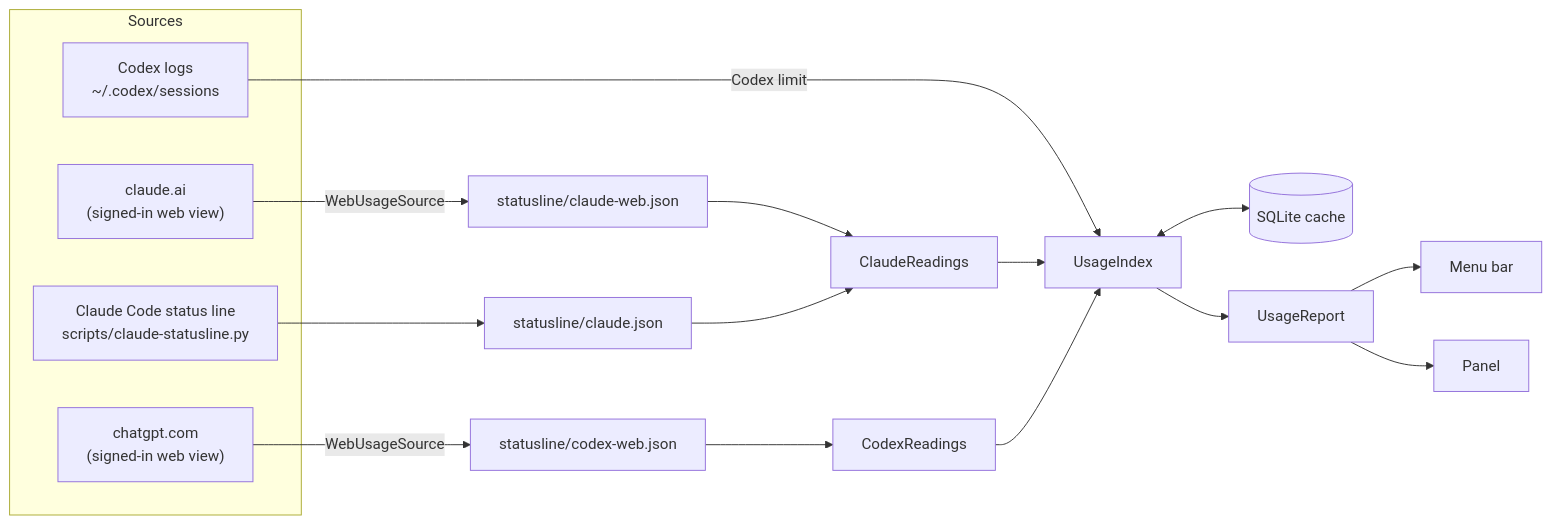
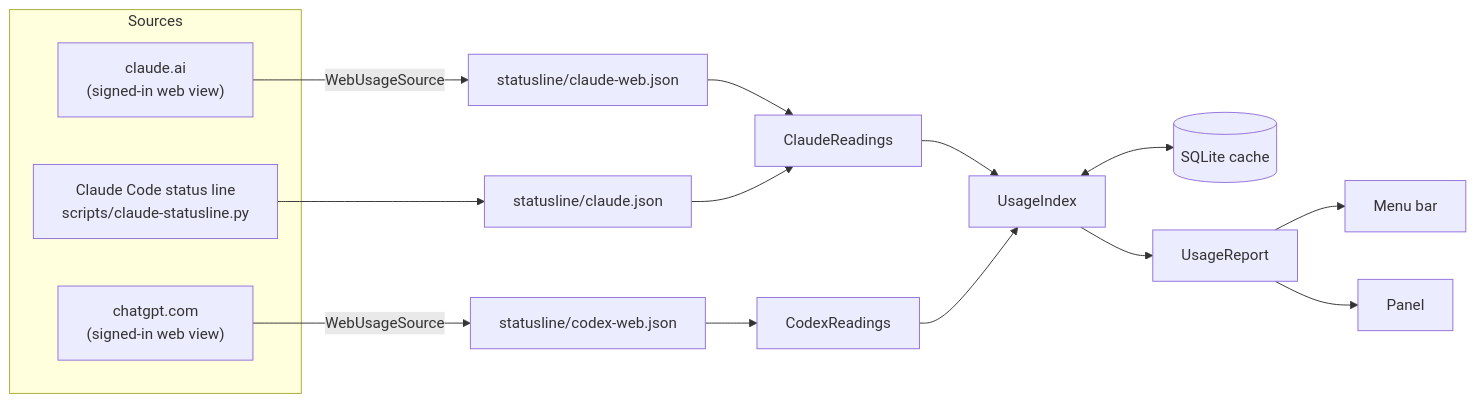
The second of 6 diagrams in docs/ARCHITECTURE.md (PrajwalSR/ai_usage_meter), drawn with Mermaid before and after one commit. The commit also changed other lines of this file and 24 other files, not shown here.

First line of the commit message:
Read ChatGPT usage only from chatgpt.com; stop reading Codex logs

````diff
--- a/docs/ARCHITECTURE.md
+++ b/docs/ARCHITECTURE.md
@@ -17,23 +17,21 @@
 ```mermaid
 flowchart LR
     subgraph Sources
-        CX["Codex logs<br/>~/.codex/sessions"]
         WEB["claude.ai<br/>(signed-in web view)"]
         GPT["chatgpt.com<br/>(signed-in web view)"]
         SL["Claude Code status line<br/>scripts/claude-statusline.py"]
     end
 
-    CX -->|"Codex limit"| IDX["UsageIndex"]
     WEB -->|"WebUsageSource"| F0["statusline/claude-web.json"]
     GPT -->|"WebUsageSource"| F1["statusline/codex-web.json"]
     SL --> F2["statusline/claude.json"]
     F0 --> CR["ClaudeReadings"]
     F2 --> CR
     F1 --> XR["CodexReadings"]
-    CR --> IDX
+    CR --> IDX["UsageIndex"]
     XR --> IDX
     IDX <--> DB[("SQLite cache")]
     IDX --> R["UsageReport"]
     R --> MB["Menu bar"]
     R --> P["Panel"]
 ```
````
